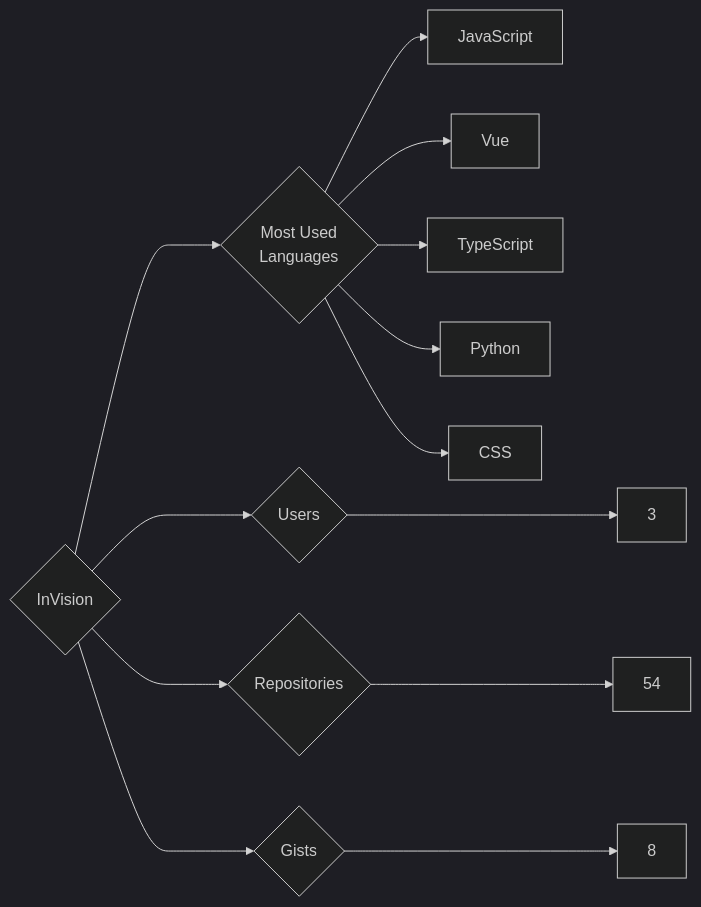
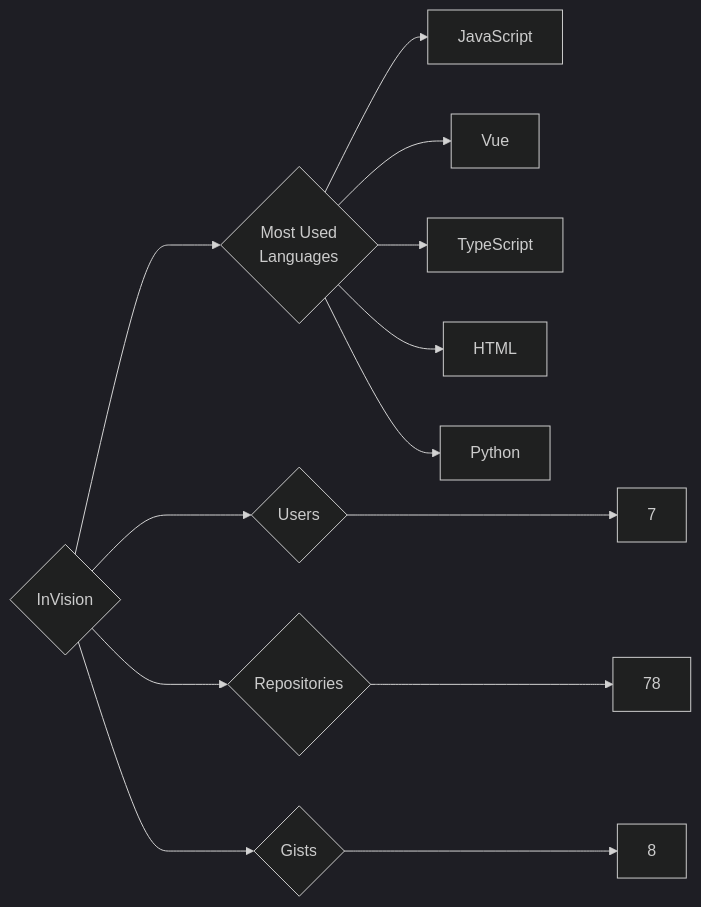
Before and after one commit to trickest/insiders: the diagram in targets/InVision/README.md, drawn with Mermaid (dark theme). The commit also changed 925 other files, not shown here.

````diff
--- a/targets/InVision/README.md
+++ b/targets/InVision/README.md
@@ -3,13 +3,13 @@
 ```mermaid
 graph LR
 COMPANY_NAME{InVision}
-COMPANY_NAME ---> U{Users} ---> UN[3]
-COMPANY_NAME ---> R{Repositories} ---> RN[54]
+COMPANY_NAME ---> U{Users} ---> UN[7]
+COMPANY_NAME ---> R{Repositories} ---> RN[78]
 COMPANY_NAME ---> G{Gists} ---> GN[8]
 COMPANY_NAME ---> ML{Most Used<br>Languages}
 ML --> JavaScript[JavaScript]
 ML --> Vue[Vue]
 ML --> TypeScript[TypeScript]
+ML --> HTML[HTML]
 ML --> Python[Python]
-ML --> CSS[CSS]
 ```
````
